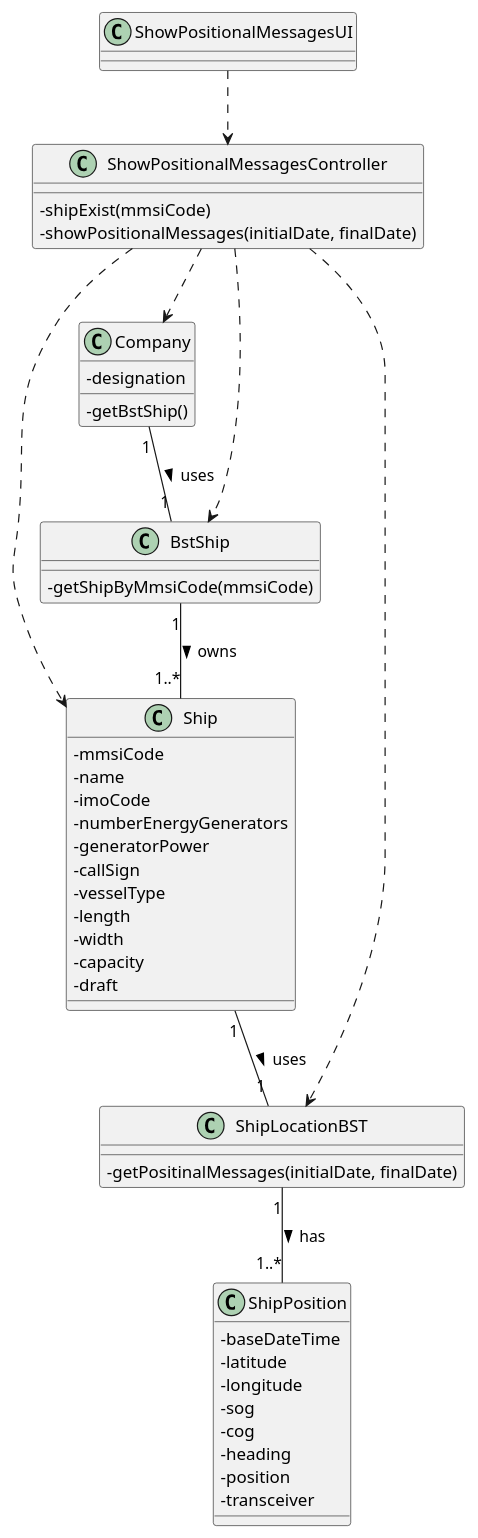
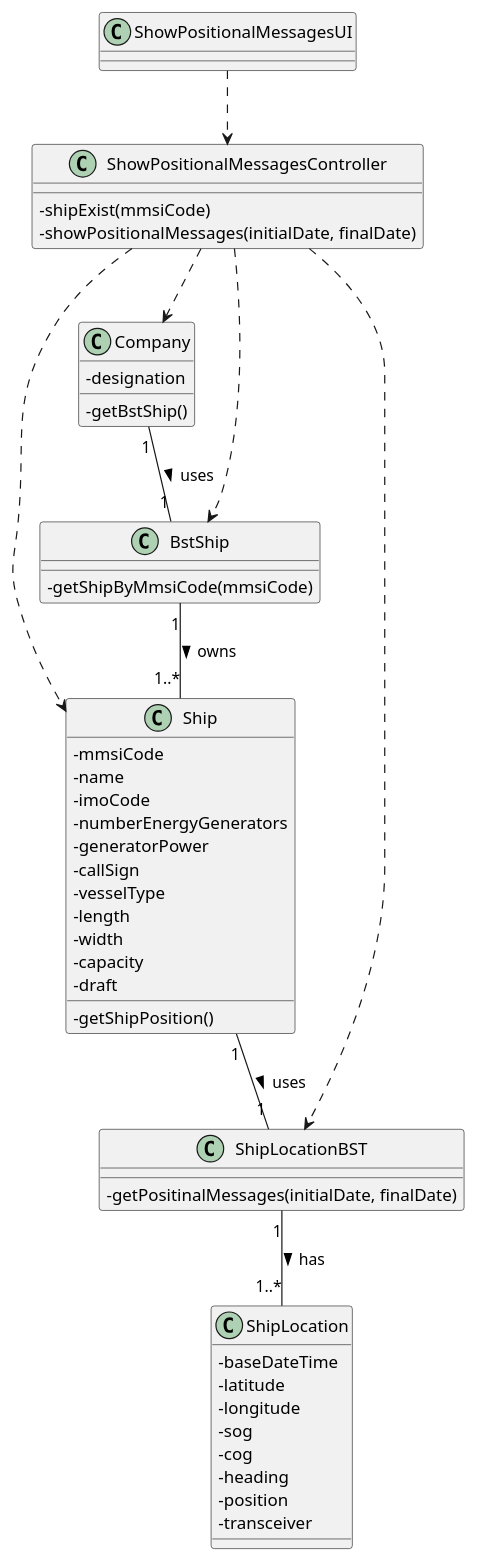
One commit to 0franciscor/lapr3-2021-g042 changed the diagram in docs/US103/US103_CD.puml. Above: the diagram before and after it, drawn with PlantUML. The commit also changed 9 other files, not shown here.

```diff
--- a/docs/US103/US103_CD.puml
+++ b/docs/US103/US103_CD.puml
@@ -1,66 +1,67 @@
 @startuml
 'https://plantuml.com/class-diagram
 
 skinparam classAttributeIconSize 0
 
 class Ship {
 -mmsiCode
 -name
 -imoCode
 -numberEnergyGenerators
 -generatorPower
 -callSign
 -vesselType
 -length
 -width
 -capacity
 -draft
+-getShipPosition()
 }
 
-class ShipPosition {
+class ShipLocation {
 -baseDateTime
 -latitude
 -longitude
 -sog
 -cog
 -heading
 -position
 -transceiver
 }
 
 class BstShip {
 -getShipByMmsiCode(mmsiCode)
 }
 
 class ShipLocationBST {
 -getPositinalMessages(initialDate, finalDate)
 }
 
 class ShowPositionalMessagesUI {}
 
 class ShowPositionalMessagesController {
 -shipExist(mmsiCode)
 -showPositionalMessages(initialDate, finalDate)
 }
 
 class Company {
 -designation
 -getBstShip()
 }
 
 BstShip "1" -- "1..*" Ship : owns >
-ShipLocationBST "1" -- "1..*" ShipPosition : has >
+ShipLocationBST "1" -- "1..*" ShipLocation : has >
 
 Company "1" -- "1" BstShip : uses >
 
 Ship "1" -- "1" ShipLocationBST : uses >
 
 ShowPositionalMessagesUI ..> ShowPositionalMessagesController
 
 ShowPositionalMessagesController ..> Company
 ShowPositionalMessagesController ..> BstShip
 ShowPositionalMessagesController ..> Ship
 ShowPositionalMessagesController ..> ShipLocationBST
 
 
 @enduml
```
